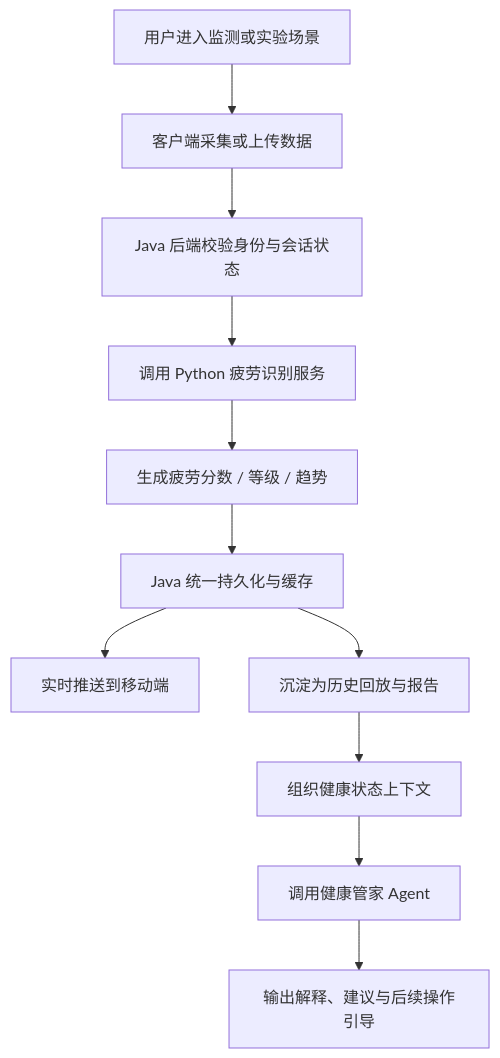
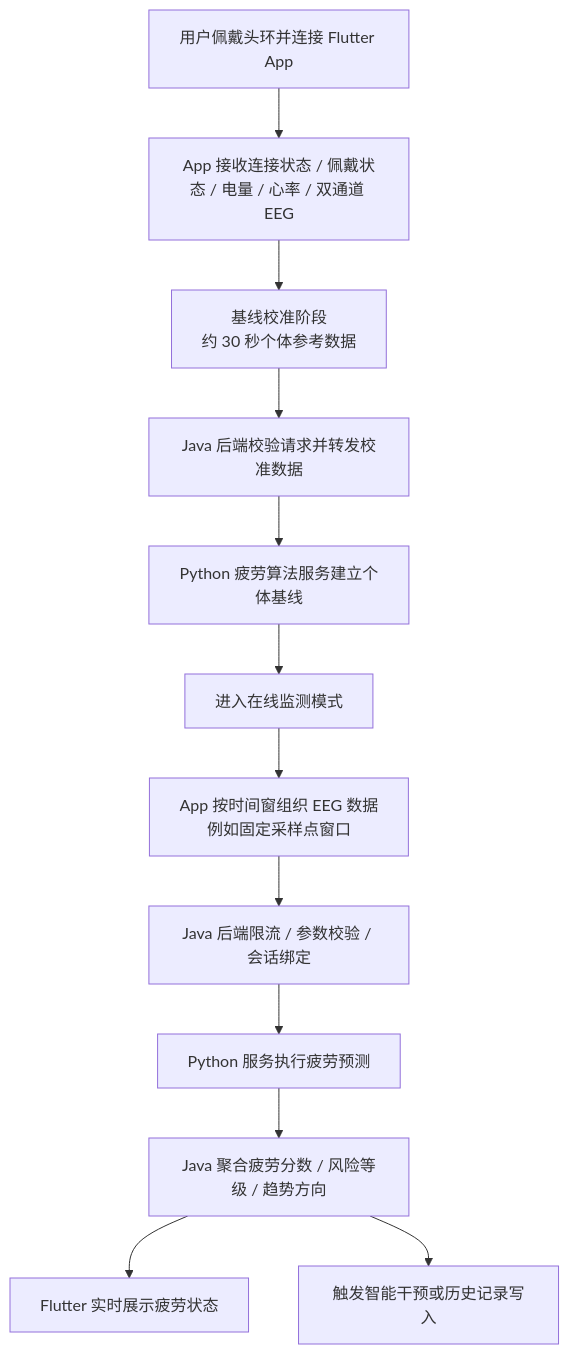
One commit to Z-501/fatigue-monitoring-system changed the fourth of 7 diagrams in README.md. Above: the diagram before and after it, drawn with Mermaid. The commit also changed other lines of this file and 10 other files, not shown here.

````diff
--- a/README.md
+++ b/README.md
@@ -71,13 +146,14 @@
 ```mermaid
 flowchart TD
-    A[用户进入监测或实验场景] --> B[客户端采集或上传数据]
-    B --> C[Java 后端校验身份与会话状态]
-    C --> D[调用 Python 疲劳识别服务]
-    D --> E[生成疲劳分数 / 等级 / 趋势]
-    E --> F[Java 统一持久化与缓存]
-    F --> G[实时推送到移动端]
-    F --> H[沉淀为历史回放与报告]
-    H --> I[组织健康状态上下文]
-    I --> J[调用健康管家 Agent]
-    J --> K[输出解释、建议与后续操作引导]
+    A[用户佩戴头环并连接 Flutter App] --> B[App 接收连接状态 / 佩戴状态 / 电量 / 心率 / 双通道 EEG]
+    B --> C[基线校准阶段\n约 30 秒个体参考数据]
+    C --> D[Java 后端校验请求并转发校准数据]
+    D --> E[Python 疲劳算法服务建立个体基线]
+    E --> F[进入在线监测模式]
+    F --> G[App 按时间窗组织 EEG 数据\n例如固定采样点窗口]
+    G --> H[Java 后端限流 / 参数校验 / 会话绑定]
+    H --> I[Python 服务执行疲劳预测]
+    I --> J[Java 聚合疲劳分数 / 风险等级 / 趋势方向]
+    J --> K[Flutter 实时展示疲劳状态]
+    J --> L[触发智能干预或历史记录写入]
 ```
````
